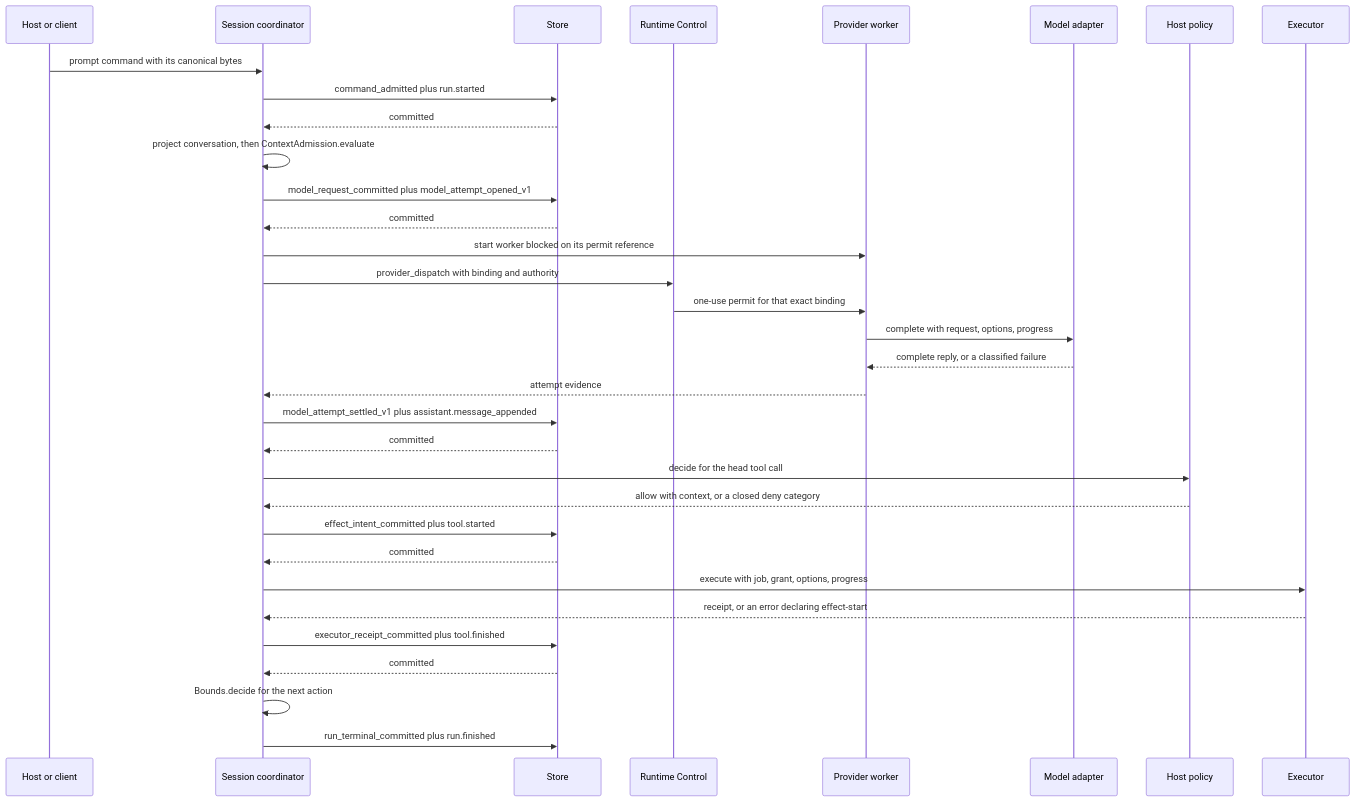
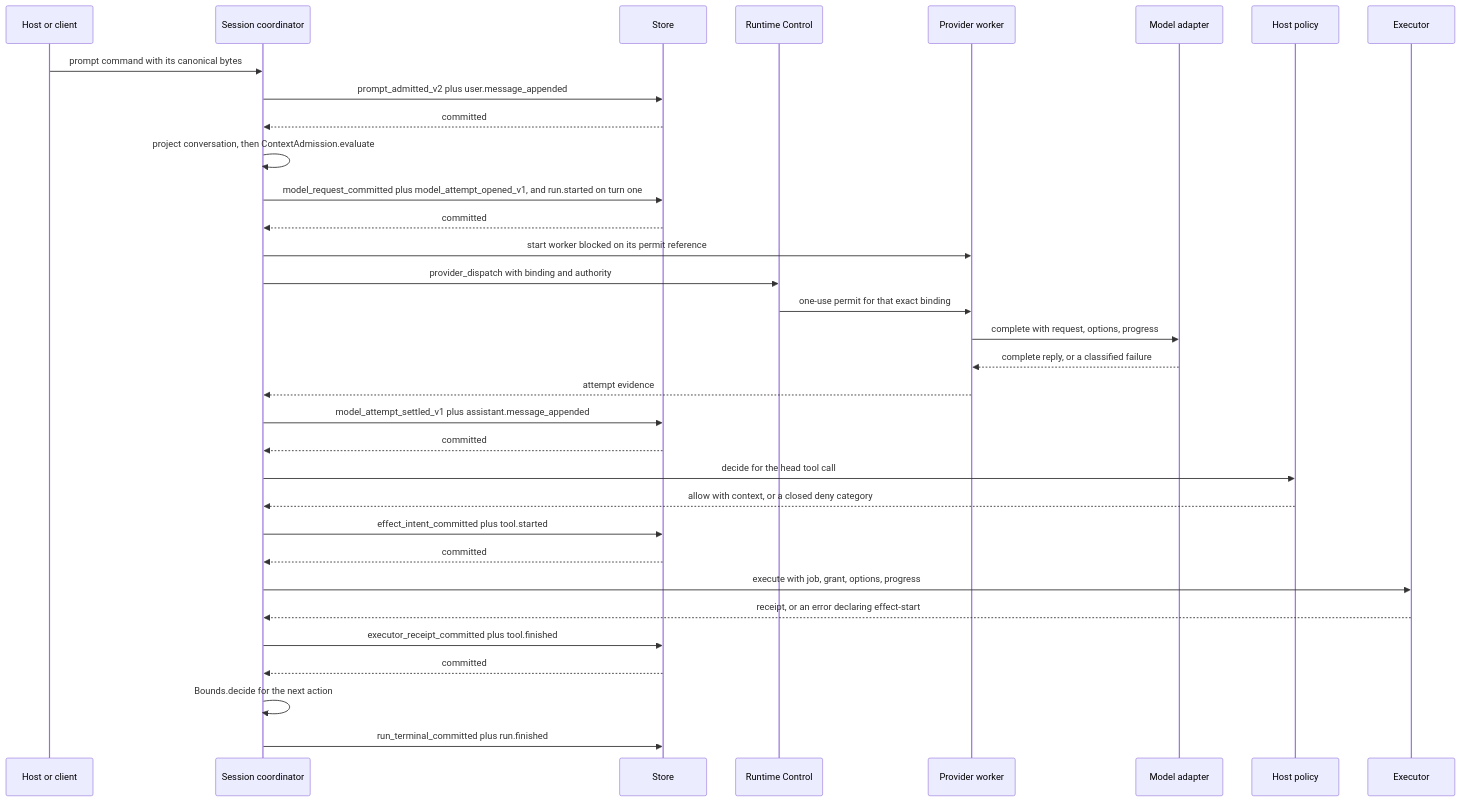
The diagram in docs/developer/architecture-technical.md (lexlapax/loopex), drawn with Mermaid before and after one commit. The commit also changed 4 other files, not shown here.

````diff
--- a/docs/developer/architecture-technical.md
+++ b/docs/developer/architecture-technical.md
@@ -229,36 +229,36 @@
 ```mermaid
 sequenceDiagram
     participant H as Host or client
     participant S as Session coordinator
     participant ST as Store
     participant C as Runtime Control
     participant W as Provider worker
     participant M as Model adapter
     participant P as Host policy
     participant X as Executor
 
     H->>S: prompt command with its canonical bytes
-    S->>ST: command_admitted plus run.started
+    S->>ST: prompt_admitted_v2 plus user.message_appended
     ST-->>S: committed
     S->>S: project conversation, then ContextAdmission.evaluate
-    S->>ST: model_request_committed plus model_attempt_opened_v1
+    S->>ST: model_request_committed plus model_attempt_opened_v1, and run.started on turn one
     ST-->>S: committed
     S->>W: start worker blocked on its permit reference
     S->>C: provider_dispatch with binding and authority
     C->>W: one-use permit for that exact binding
     W->>M: complete with request, options, progress
     M-->>W: complete reply, or a classified failure
     W-->>S: attempt evidence
     S->>ST: model_attempt_settled_v1 plus assistant.message_appended
     ST-->>S: committed
     S->>P: decide for the head tool call
     P-->>S: allow with context, or a closed deny category
     S->>ST: effect_intent_committed plus tool.started
     ST-->>S: committed
     S->>X: execute with job, grant, options, progress
     X-->>S: receipt, or an error declaring effect-start
     S->>ST: executor_receipt_committed plus tool.finished
     ST-->>S: committed
     S->>S: Bounds.decide for the next action
     S->>ST: run_terminal_committed plus run.finished
 ```
````
